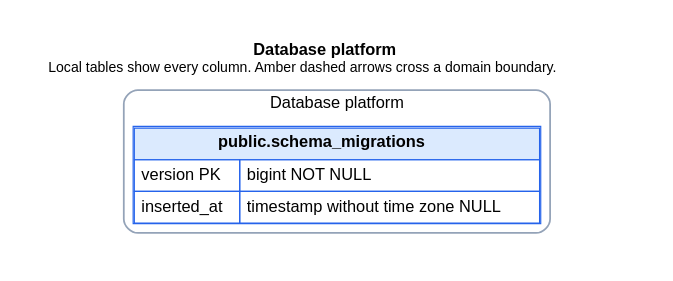
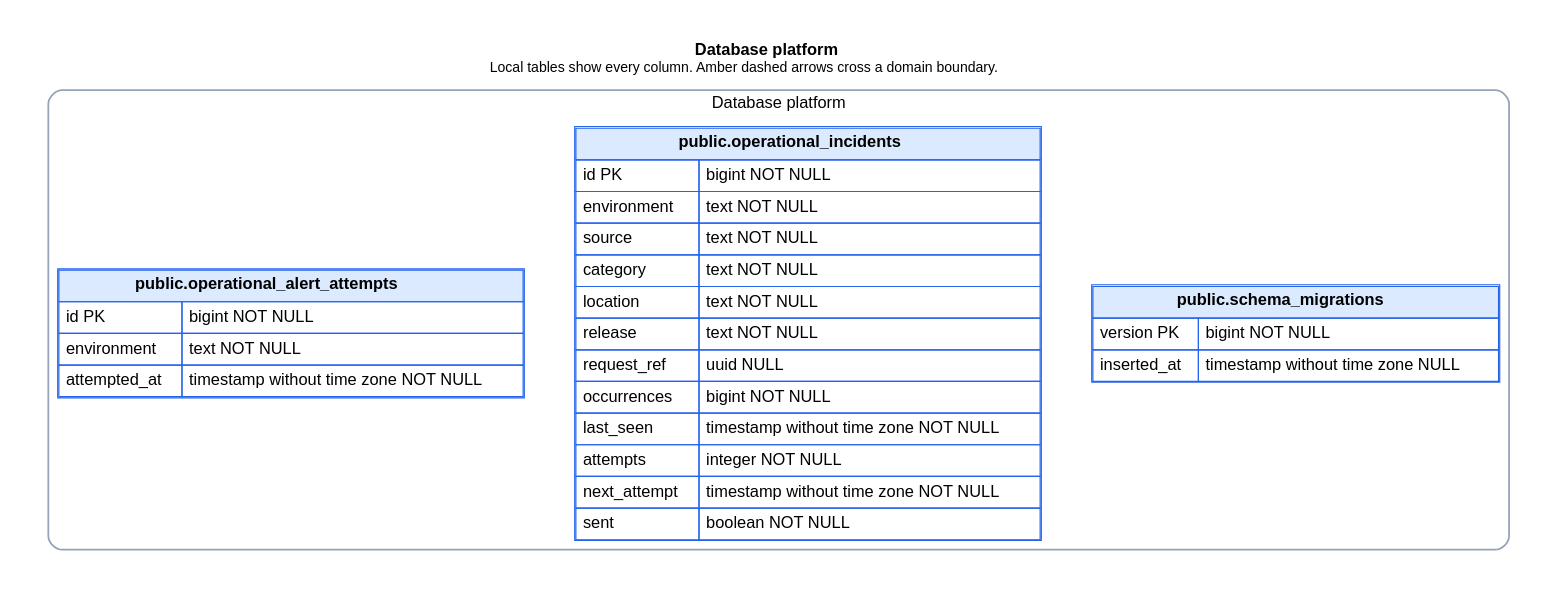
One commit to ogourment/pauseai.ca-website changed the diagram in docs/schema/domains/platform.dot. Above: the diagram before and after it, drawn with Graphviz. The commit also changed 25 other files, not shown here.

Commit message:
Capture operational incidents and rate-limit direct Telegram alerts

```diff
--- a/docs/schema/domains/platform.dot
+++ b/docs/schema/domains/platform.dot
@@ -1,31 +1,45 @@
 digraph platform {
   graph [rankdir=TB, bgcolor="white", pad=0.35, nodesep=0.6, ranksep=0.9, fontname="Helvetica"];
   node [shape=plain, fontname="Helvetica"];
   edge [fontname="Helvetica", fontsize=10, arrowsize=0.7];
   labelloc="t";
   label=< <B>Database platform</B><BR/><FONT POINT-SIZE="12">Local tables show every column. Amber dashed arrows cross a domain boundary.</FONT> >;
 
   subgraph cluster_local {
     label="Database platform";
     color="#94a3b8";
     penwidth=1.5;
     style="rounded";
   "schema_migrations" [label=<
     <TABLE BORDER="1" CELLBORDER="1" CELLSPACING="0" CELLPADDING="5" COLOR="#2563eb">
       <TR><TD BGCOLOR="#dbeafe" COLSPAN="2"><B>public.schema_migrations</B></TD></TR>
       <TR><TD ALIGN="LEFT">version PK</TD><TD ALIGN="LEFT">bigint NOT NULL</TD></TR><TR><TD ALIGN="LEFT">inserted_at</TD><TD ALIGN="LEFT">timestamp without time zone NULL</TD></TR>
     </TABLE>
   >];
 
+  "operational_incidents" [label=<
+    <TABLE BORDER="1" CELLBORDER="1" CELLSPACING="0" CELLPADDING="5" COLOR="#2563eb">
+      <TR><TD BGCOLOR="#dbeafe" COLSPAN="2"><B>public.operational_incidents</B></TD></TR>
+      <TR><TD ALIGN="LEFT">id PK</TD><TD ALIGN="LEFT">bigint NOT NULL</TD></TR><TR><TD ALIGN="LEFT">environment</TD><TD ALIGN="LEFT">text NOT NULL</TD></TR><TR><TD ALIGN="LEFT">source</TD><TD ALIGN="LEFT">text NOT NULL</TD></TR><TR><TD ALIGN="LEFT">category</TD><TD ALIGN="LEFT">text NOT NULL</TD></TR><TR><TD ALIGN="LEFT">location</TD><TD ALIGN="LEFT">text NOT NULL</TD></TR><TR><TD ALIGN="LEFT">release</TD><TD ALIGN="LEFT">text NOT NULL</TD></TR><TR><TD ALIGN="LEFT">request_ref</TD><TD ALIGN="LEFT">uuid NULL</TD></TR><TR><TD ALIGN="LEFT">occurrences</TD><TD ALIGN="LEFT">bigint NOT NULL</TD></TR><TR><TD ALIGN="LEFT">last_seen</TD><TD ALIGN="LEFT">timestamp without time zone NOT NULL</TD></TR><TR><TD ALIGN="LEFT">attempts</TD><TD ALIGN="LEFT">integer NOT NULL</TD></TR><TR><TD ALIGN="LEFT">next_attempt</TD><TD ALIGN="LEFT">timestamp without time zone NOT NULL</TD></TR><TR><TD ALIGN="LEFT">sent</TD><TD ALIGN="LEFT">boolean NOT NULL</TD></TR>
+    </TABLE>
+  >];
+
+  "operational_alert_attempts" [label=<
+    <TABLE BORDER="1" CELLBORDER="1" CELLSPACING="0" CELLPADDING="5" COLOR="#2563eb">
+      <TR><TD BGCOLOR="#dbeafe" COLSPAN="2"><B>public.operational_alert_attempts</B></TD></TR>
+      <TR><TD ALIGN="LEFT">id PK</TD><TD ALIGN="LEFT">bigint NOT NULL</TD></TR><TR><TD ALIGN="LEFT">environment</TD><TD ALIGN="LEFT">text NOT NULL</TD></TR><TR><TD ALIGN="LEFT">attempted_at</TD><TD ALIGN="LEFT">timestamp without time zone NOT NULL</TD></TR>
+    </TABLE>
+  >];
+
   }
 
   subgraph cluster_external {
     label="External-domain references — other relationships are intentionally omitted";
     color="#cbd5e1";
     penwidth=1;
     style="rounded";
 
   }
 
 
 }
```
